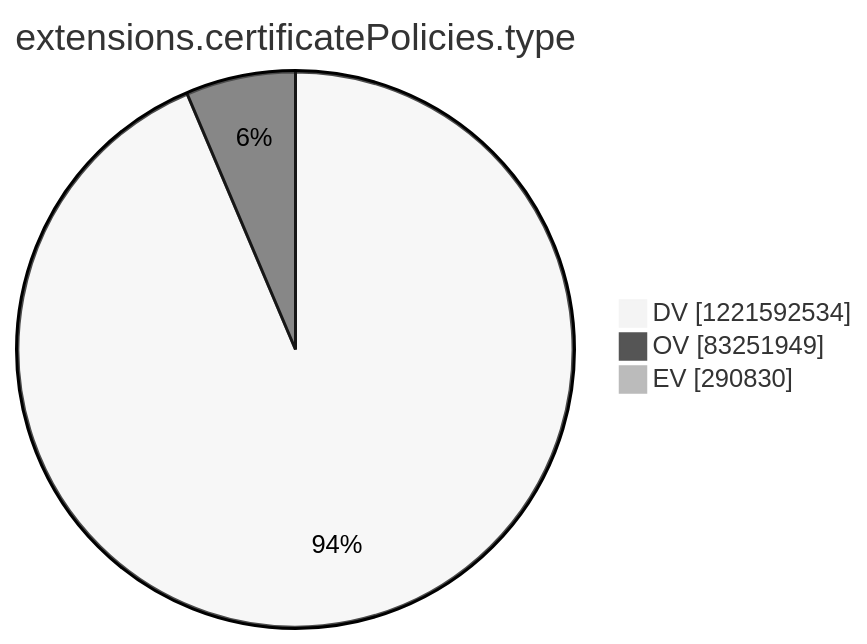
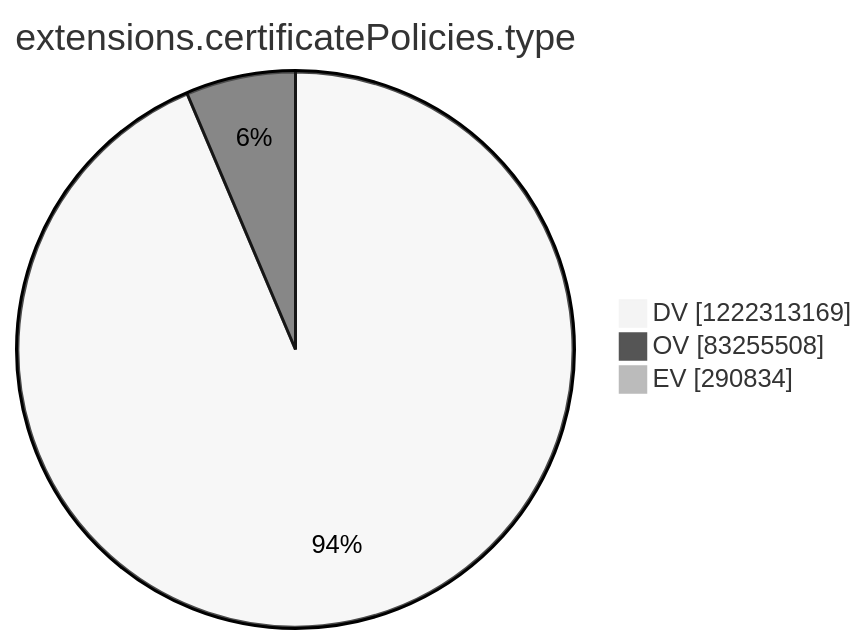
Before and after one commit to christiankrug/ctmonitor_visualization: the tenth of 15 diagrams in argon2022/README.md, drawn with Mermaid (neutral theme). The commit also changed other lines of this file, not shown here.

````diff
--- a/argon2022/README.md
+++ b/argon2022/README.md
@@ -2769,7 +2769,7 @@
 ```mermaid
 pie showData
 title extensions.certificatePolicies.type
-"DV" :1221592534
-"OV" :83251949
-"EV" :290830
+"DV" :1222313169
+"OV" :83255508
+"EV" :290834
 ```
````
